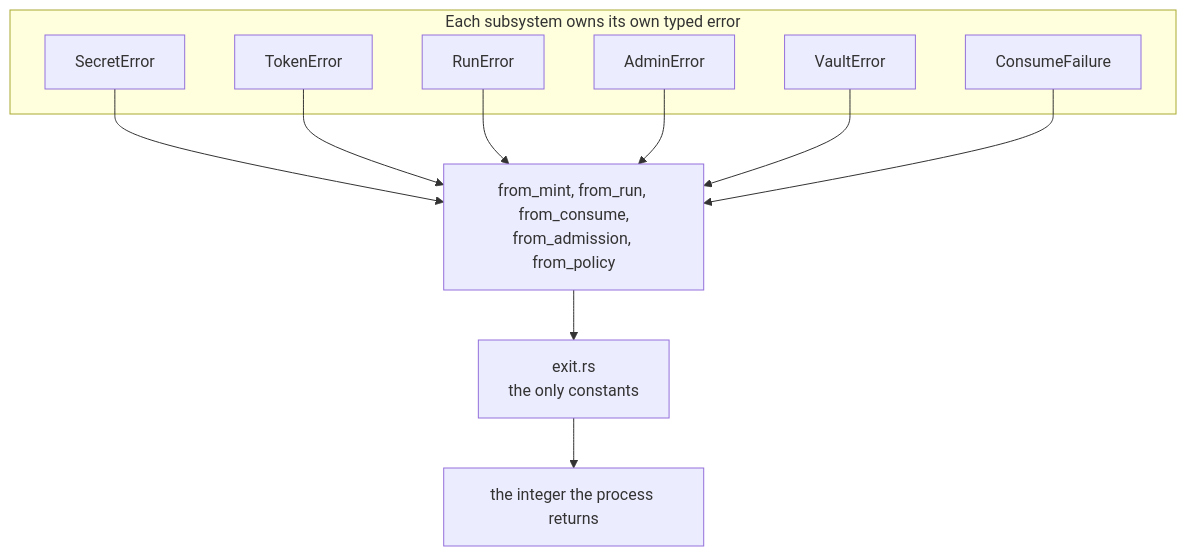
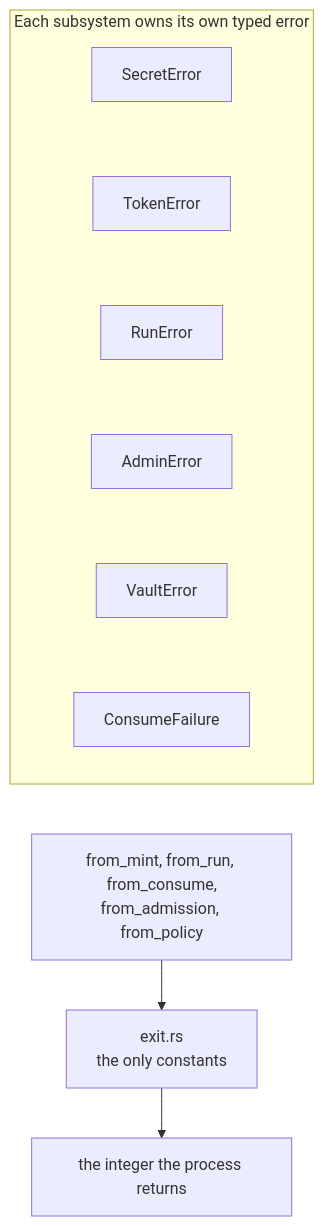
One commit to bruj0/keyspout changed the fourth of 5 diagrams in site/docs/components/ksp-cli.md. Above: the diagram before and after it, drawn with Mermaid. The commit also changed other lines of this file and 22 other files, not shown here.

First line of the commit message:
feat(site): zoom every diagram, and make the wide ones vertical (#21)

````diff
--- a/site/docs/components/ksp-cli.md
+++ b/site/docs/components/ksp-cli.md
@@ -255,23 +260,25 @@
 ```mermaid
 flowchart TD
   subgraph Subsystems["Each subsystem owns its own typed error"]
+    direction TB
     SE["SecretError"]
     TE["TokenError"]
     RE["RunError"]
     AE["AdminError"]
     VE["VaultError"]
     CE["ConsumeFailure"]
+    SE ~~~ TE
+    TE ~~~ RE
+    RE ~~~ AE
+    AE ~~~ VE
+    VE ~~~ CE
   end
 
+  MAP["from_mint, from_run, from_consume,<br/>from_admission, from_policy"]
   EXIT["exit.rs<br/>the only constants"]
-  MAP["from_mint, from_run, from_consume,<br/>from_admission, from_policy"]
+  OUT["the integer the process returns"]
 
-  SE --> MAP
-  TE --> MAP
-  RE --> MAP
-  AE --> MAP
-  VE --> MAP
-  CE --> MAP
+  Subsystems ~~~ MAP
   MAP --> EXIT
-  EXIT --> OUT["the integer the process returns"]
+  EXIT --> OUT
 ```
````
